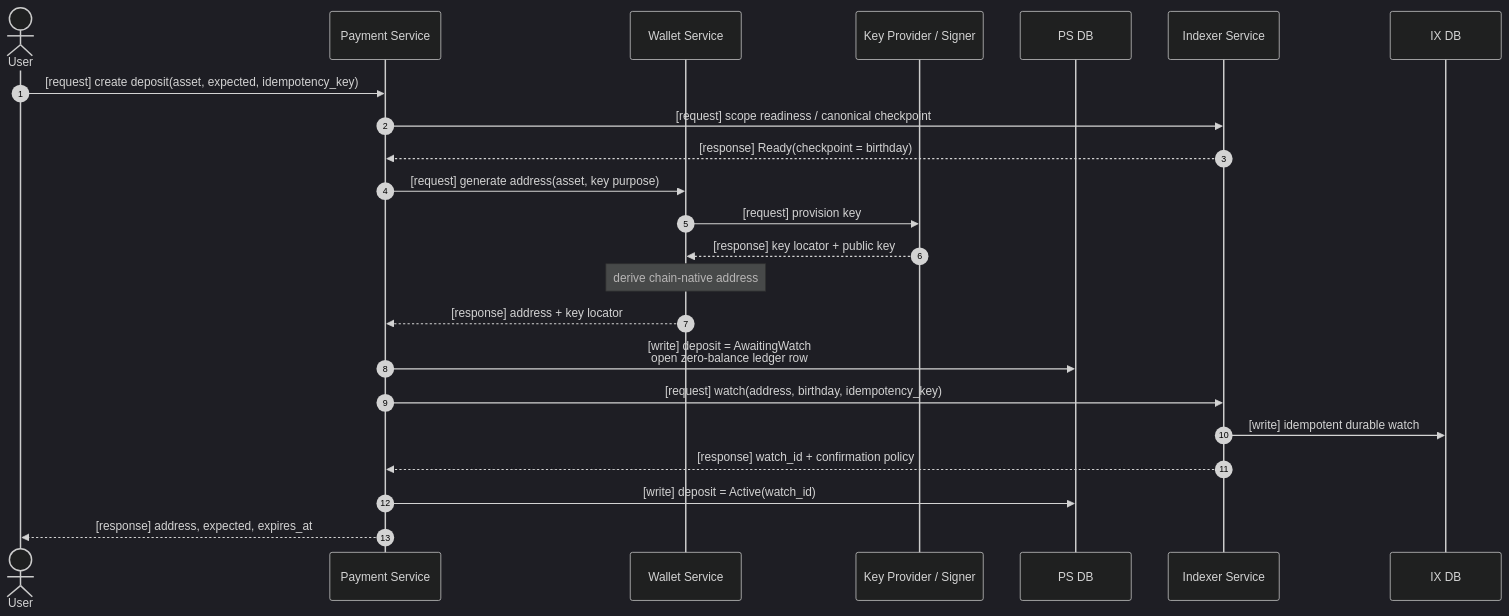
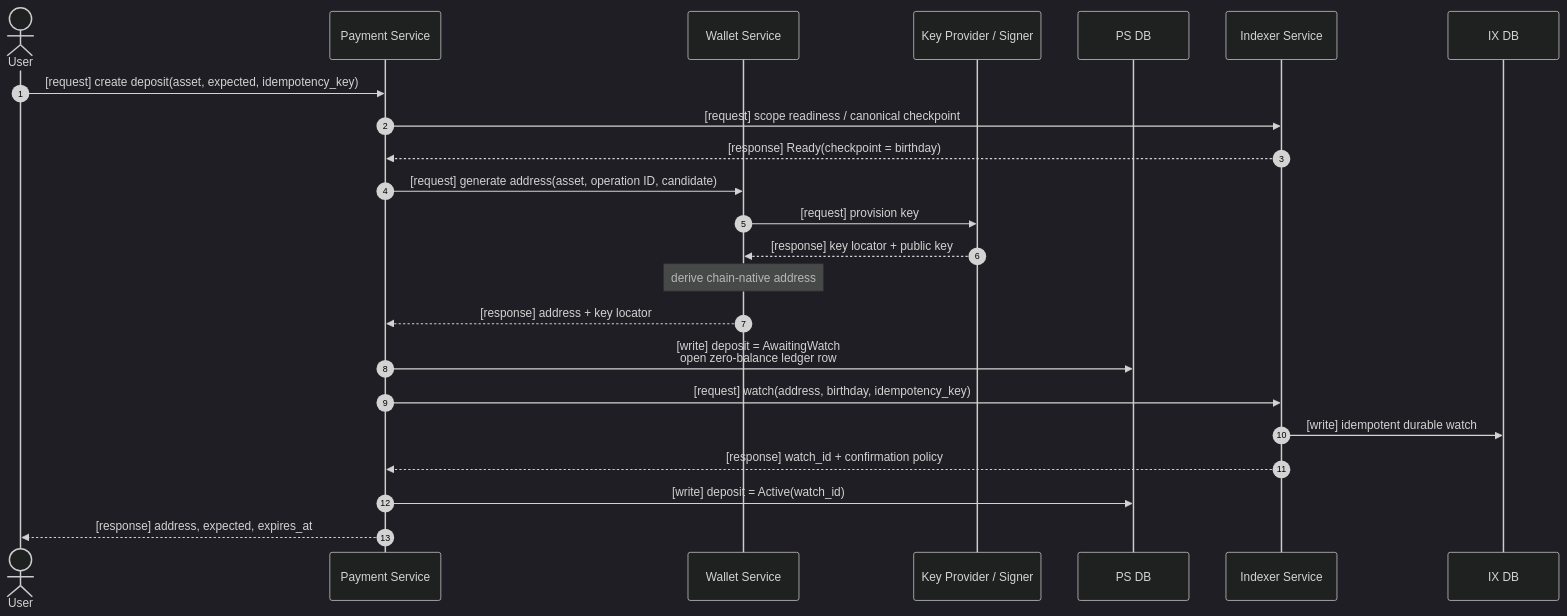
The fourth of 17 diagrams in docs/SYSTEM_REQUIREMENTS.md (achiko/Payment-SDK), drawn with Mermaid (dark theme) before and after one commit. The commit also changed other lines of this file and 545 other files, not shown here.

Commit message:
refactor payment sdk architecture

````diff
--- a/docs/SYSTEM_REQUIREMENTS.md
+++ b/docs/SYSTEM_REQUIREMENTS.md
@@ -300,27 +324,27 @@
 ```mermaid
 sequenceDiagram
     autonumber
     actor User
     participant PS as Payment Service
     participant WS as Wallet Service
     participant KP as Key Provider / Signer
     participant PSDB as PS DB
     participant IX as Indexer Service
     participant IXDB as IX DB
 
     User->>PS: [request] create deposit(asset, expected, idempotency_key)
     PS->>IX: [request] scope readiness / canonical checkpoint
     IX-->>PS: [response] Ready(checkpoint = birthday)
-    PS->>WS: [request] generate address(asset, key purpose)
+    PS->>WS: [request] generate address(asset, operation ID, candidate)
     WS->>KP: [request] provision key
     KP-->>WS: [response] key locator + public key
     Note over WS: derive chain-native address
     WS-->>PS: [response] address + key locator
 
     PS->>PSDB: [write] deposit = AwaitingWatch<br/>open zero-balance ledger row
     PS->>IX: [request] watch(address, birthday, idempotency_key)
     IX->>IXDB: [write] idempotent durable watch
     IX-->>PS: [response] watch_id + confirmation policy
     PS->>PSDB: [write] deposit = Active(watch_id)
     PS-->>User: [response] address, expected, expires_at
 ```
````
